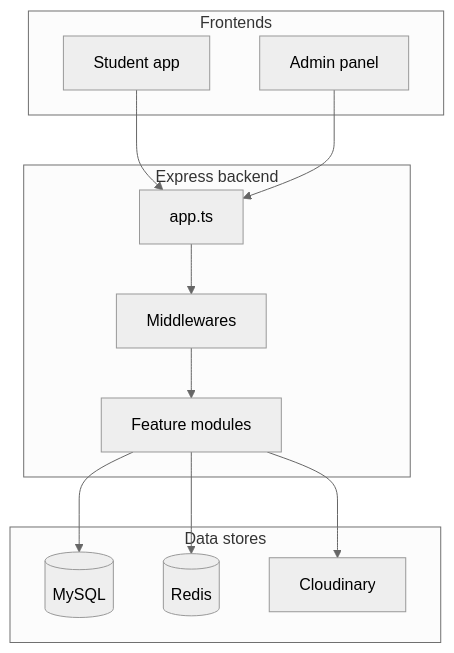
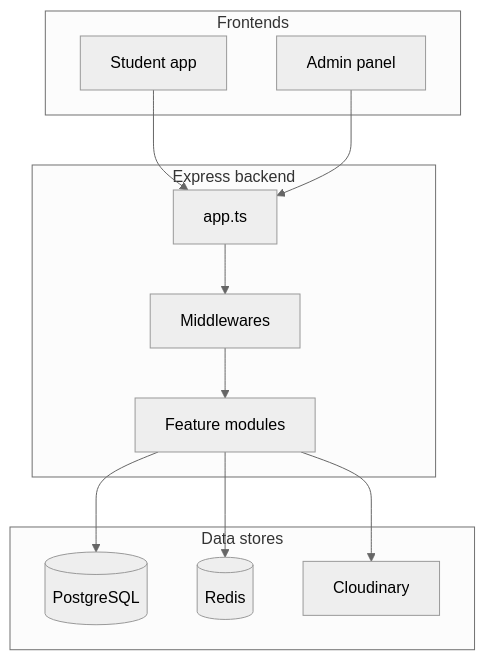
One commit to aniruddha81/ruet-hall-mgmt changed the diagram in backend/docs/architecture.md. Above: the diagram before and after it, drawn with Mermaid (neutral theme). The commit also changed 36 other files, not shown here.

````diff
--- a/backend/docs/architecture.md
+++ b/backend/docs/architecture.md
@@ -5,26 +5,26 @@
 ```mermaid
 flowchart TB
   subgraph clients [Frontends]
     Web[Student app]
     Admin[Admin panel]
   end
 
   subgraph api [Express backend]
     App[app.ts]
     MW[Middlewares]
     Mod[Feature modules]
   end
 
   subgraph data [Data stores]
-    MySQL[(MySQL)]
+    PG[(PostgreSQL)]
     Redis[(Redis)]
     Cloud[Cloudinary]
   end
 
   Web --> App
   Admin --> App
   App --> MW --> Mod
-  Mod --> MySQL
+  Mod --> PG
   Mod --> Redis
   Mod --> Cloud
 ```
````
